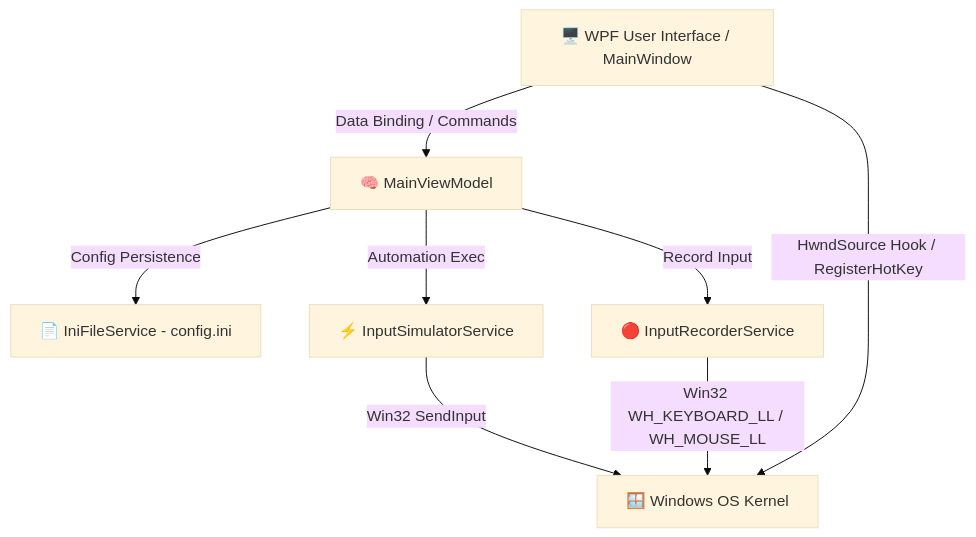
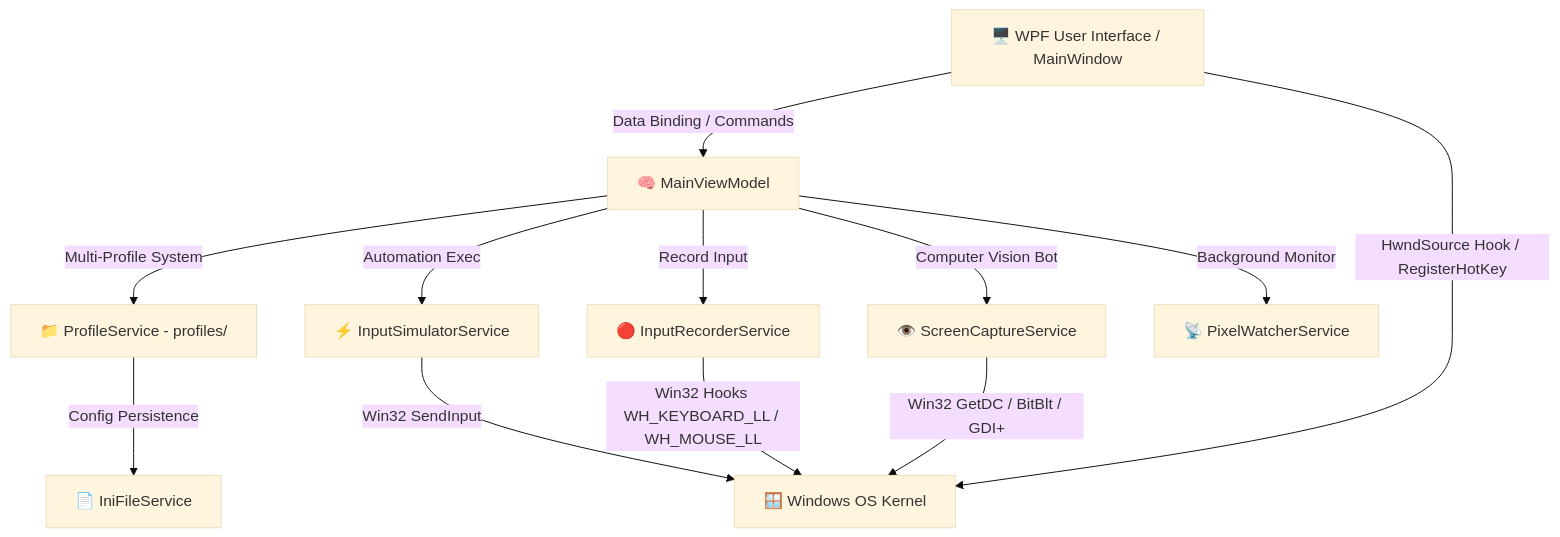
Before and after one commit to prosaigon/AutoKeypressGame: the diagram in README.md, drawn with Mermaid (base theme). The commit also changed other lines of this file and 17 other files, not shown here.

Commit message:
feat: implement v2.0.0 core enhancements, computer vision bot, profile system, and macro editor

````diff
--- a/README.md
+++ b/README.md
@@ -53,11 +61,15 @@
 ```mermaid
 flowchart TD
     UI[🖥️ WPF User Interface / MainWindow] -->|Data Binding / Commands| VM[🧠 MainViewModel]
-    VM -->|Config Persistence| INI[📄 IniFileService - config.ini]
+    VM -->|Multi-Profile System| PS[📁 ProfileService - profiles/]
+    PS -->|Config Persistence| INI[📄 IniFileService]
     VM -->|Automation Exec| SIM[⚡ InputSimulatorService]
     VM -->|Record Input| REC[🔴 InputRecorderService]
+    VM -->|Computer Vision Bot| SCS[👁️ ScreenCaptureService]
+    VM -->|Background Monitor| PWS[📡 PixelWatcherService]
     
     SIM -->|Win32 SendInput| WIN32[🪟 Windows OS Kernel]
-    REC -->|Win32 WH_KEYBOARD_LL / WH_MOUSE_LL| WIN32
+    REC -->|Win32 Hooks WH_KEYBOARD_LL / WH_MOUSE_LL| WIN32
+    SCS -->|Win32 GetDC / BitBlt / GDI+| WIN32
     UI -->|HwndSource Hook / RegisterHotKey| WIN32
 ```
````
